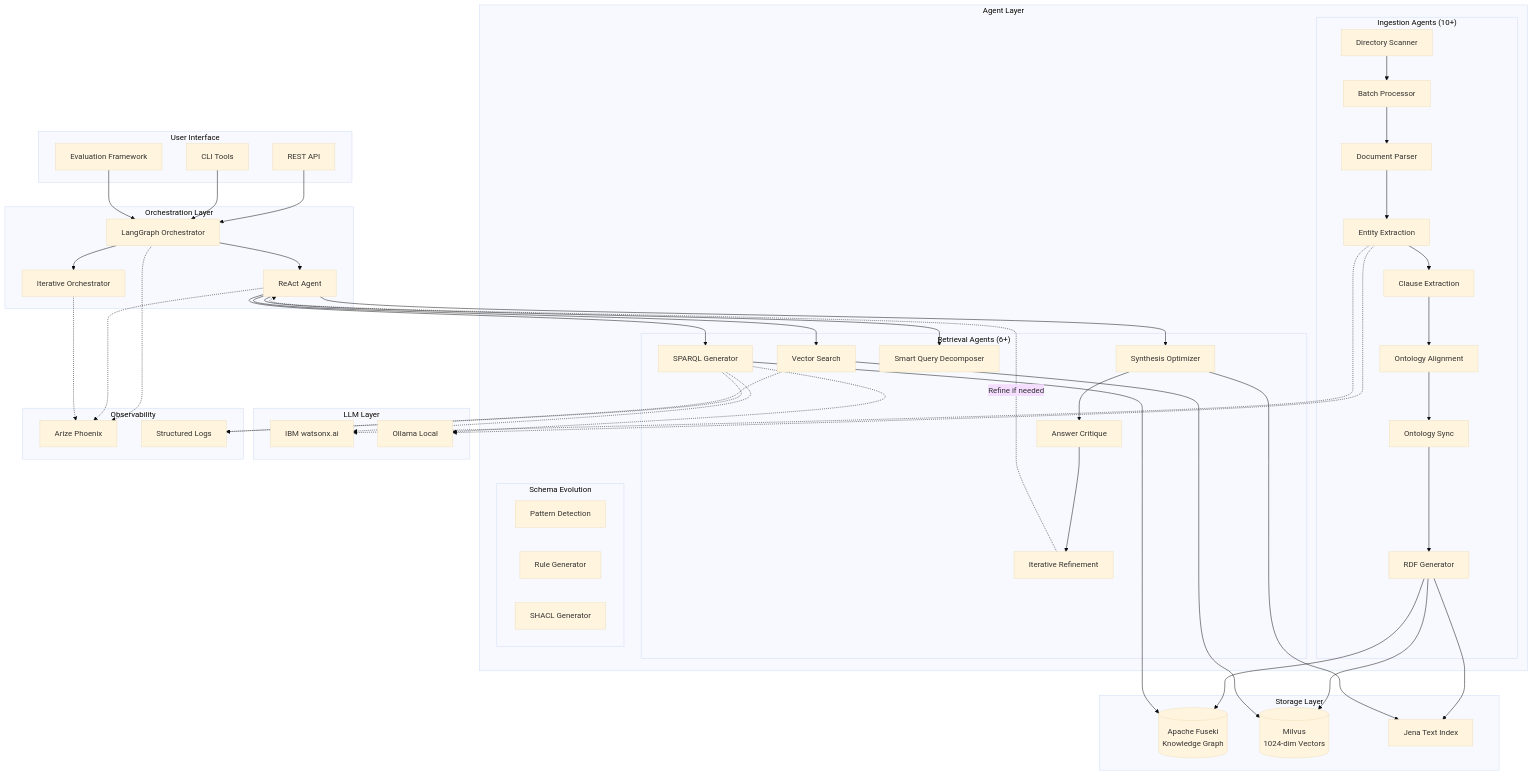
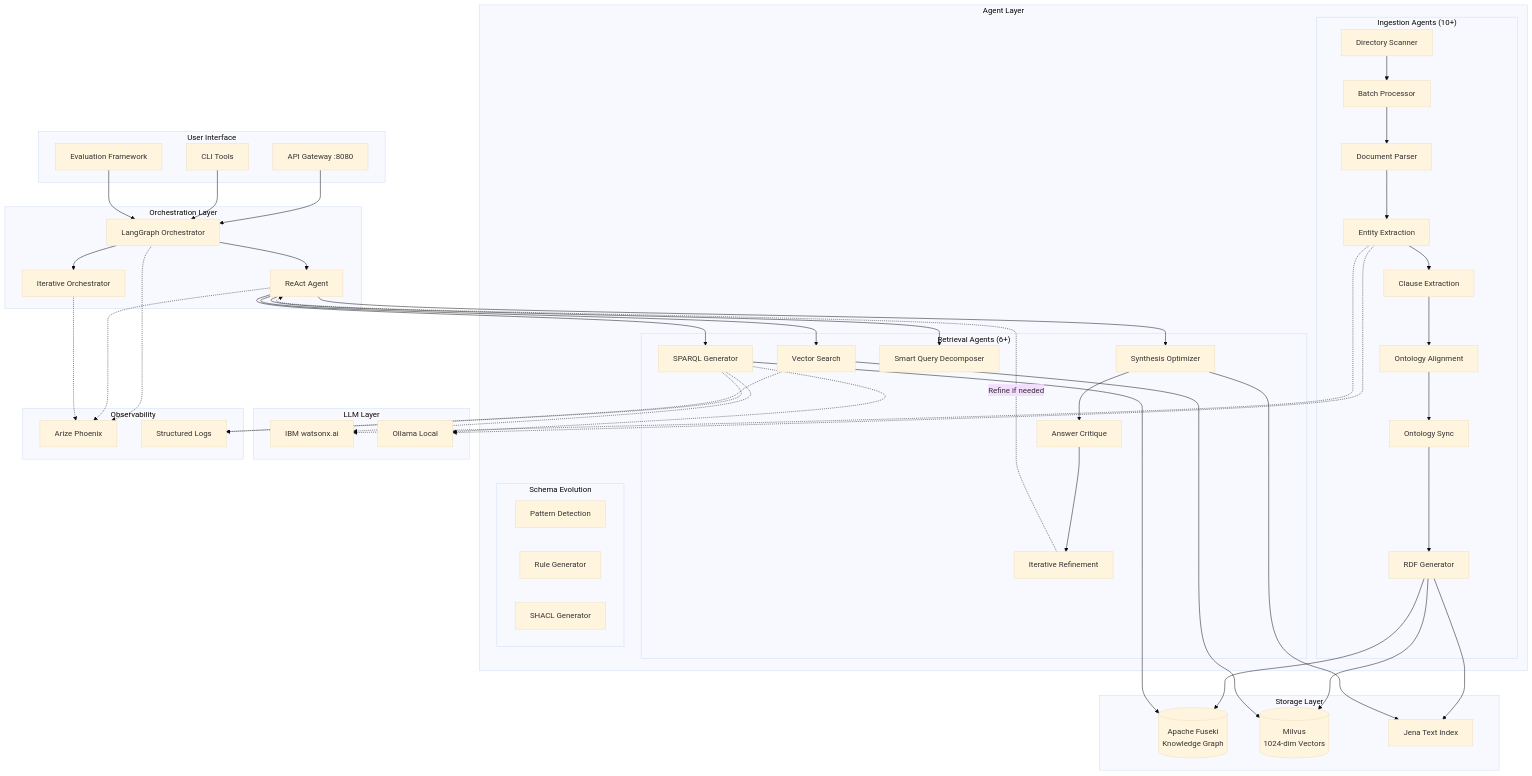
One commit to raghavginfocus/localcontractan changed the second of 4 diagrams in docs/architecture/overview.md. Above: the diagram before and after it, drawn with Mermaid (base theme). The commit also changed other lines of this file and 3 other files, not shown here.

First line of the commit message:
Update architecture diagrams for microservices deployment

````diff
--- a/docs/architecture/overview.md
+++ b/docs/architecture/overview.md
@@ -17,7 +47,7 @@
 ```mermaid
 graph TB
     subgraph "User Interface"
-        API[REST API]
+        API[API Gateway :8080]
         CLI[CLI Tools]
         Eval[Evaluation Framework]
     end
````
